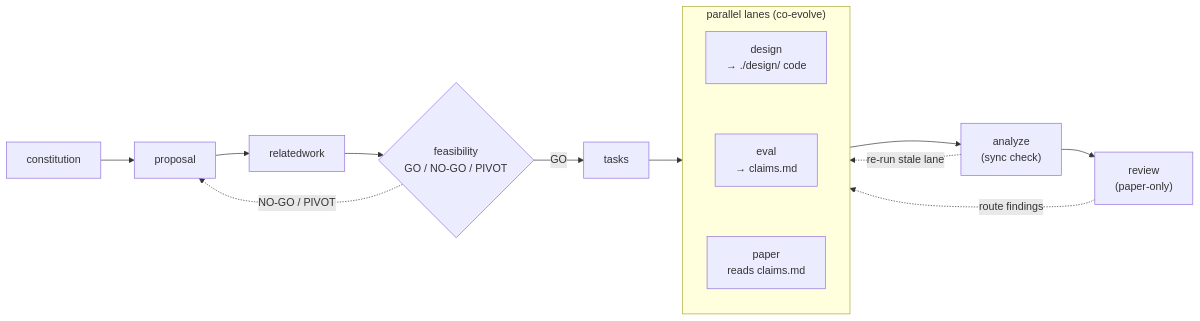
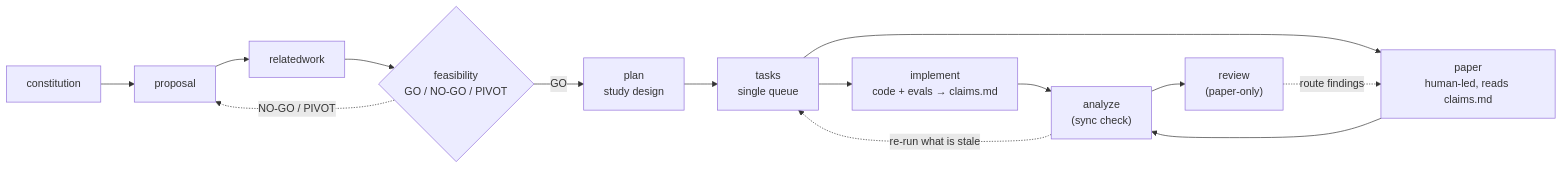
The diagram in README.md (jiancui-research/research-kit), drawn with Mermaid before and after one commit. The commit also changed other lines of this file and 27 other files, not shown here.

First line of the commit message:
pipeline v0.7: plan → tasks (single tasks.md) → implement, mirroring spec-kit

````diff
--- a/README.md
+++ b/README.md
@@ -40,13 +40,13 @@
 ```mermaid
 flowchart LR
     C[constitution] --> P[proposal] --> RW[relatedwork] --> F{feasibility<br/>GO / NO-GO / PIVOT}
     F -.->|NO-GO / PIVOT| P
-    F -->|GO| T[tasks]
-    subgraph lanes["parallel lanes (co-evolve)"]
-        D["design<br/>→ ./design/ code"] ~~~ E["eval<br/>→ claims.md"] ~~~ PA["paper<br/>reads claims.md"]
-    end
-    T --> lanes
-    lanes --> A["analyze<br/>(sync check)"] --> R["review<br/>(paper-only)"]
-    A -.->|re-run stale lane| lanes
-    R -.->|route findings| lanes
+    F -->|GO| PL["plan<br/>study design"]
+    PL --> T["tasks<br/>single queue"]
+    T --> I["implement<br/>code + evals → claims.md"]
+    T --> PA["paper<br/>human-led, reads claims.md"]
+    I --> A["analyze<br/>(sync check)"] --> R["review<br/>(paper-only)"]
+    PA --> A
+    A -.->|re-run what is stale| T
+    R -.->|route findings| PA
 ```
````
